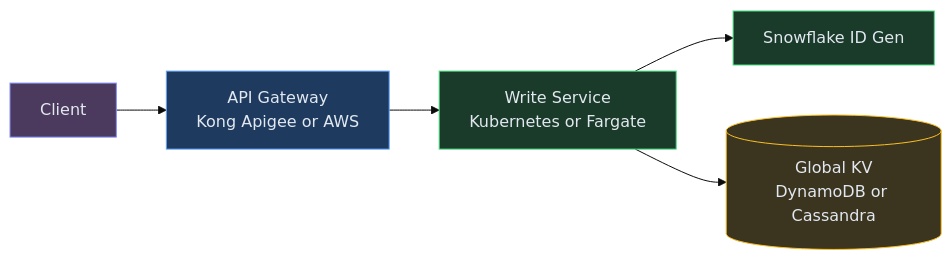
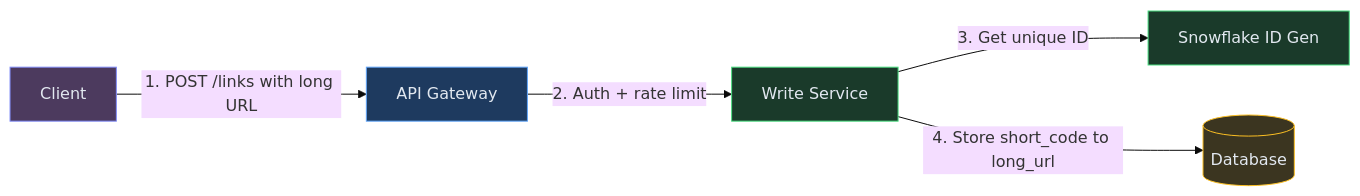
The third of 11 diagrams in content/hld/URLShortner.md (iluzn/HLD-Designs), drawn with Mermaid (base theme) before and after one commit. The commit also changed other lines of this file and 1 other file, not shown here.

First line of the commit message:
fix(diagrams): Hand-drawn dark only + numbered descriptive arrows

````diff
--- a/content/hld/URLShortner.md
+++ b/content/hld/URLShortner.md
@@ -213,18 +213,18 @@
 ```mermaid
 flowchart LR
     CLIENT["Client"]:::client
-    GW["API Gateway<br/>Kong Apigee or AWS"]:::edge
-    WS["Write Service<br/>Kubernetes or Fargate"]:::service
+    GW["API Gateway"]:::edge
+    WS["Write Service"]:::service
     IDG["Snowflake ID Gen"]:::service
-    DB[("Global KV<br/>DynamoDB or Cassandra")]:::data
+    DB[("Database")]:::data
 
-    CLIENT --> GW
-    GW --> WS
-    WS --> IDG
-    WS --> DB
+    CLIENT -->|"1. POST /links with long URL"| GW
+    GW -->|"2. Auth + rate limit"| WS
+    WS -->|"3. Get unique ID"| IDG
+    WS -->|"4. Store short_code to long_url"| DB
 
     classDef client fill:#4c3a5e,stroke:#818cf8,color:#e2e8f0
     classDef edge fill:#1e3a5f,stroke:#60a5fa,color:#e2e8f0
     classDef service fill:#1a3a2a,stroke:#4ade80,color:#e2e8f0
     classDef data fill:#3b3520,stroke:#fbbf24,color:#e2e8f0
 ```
````
